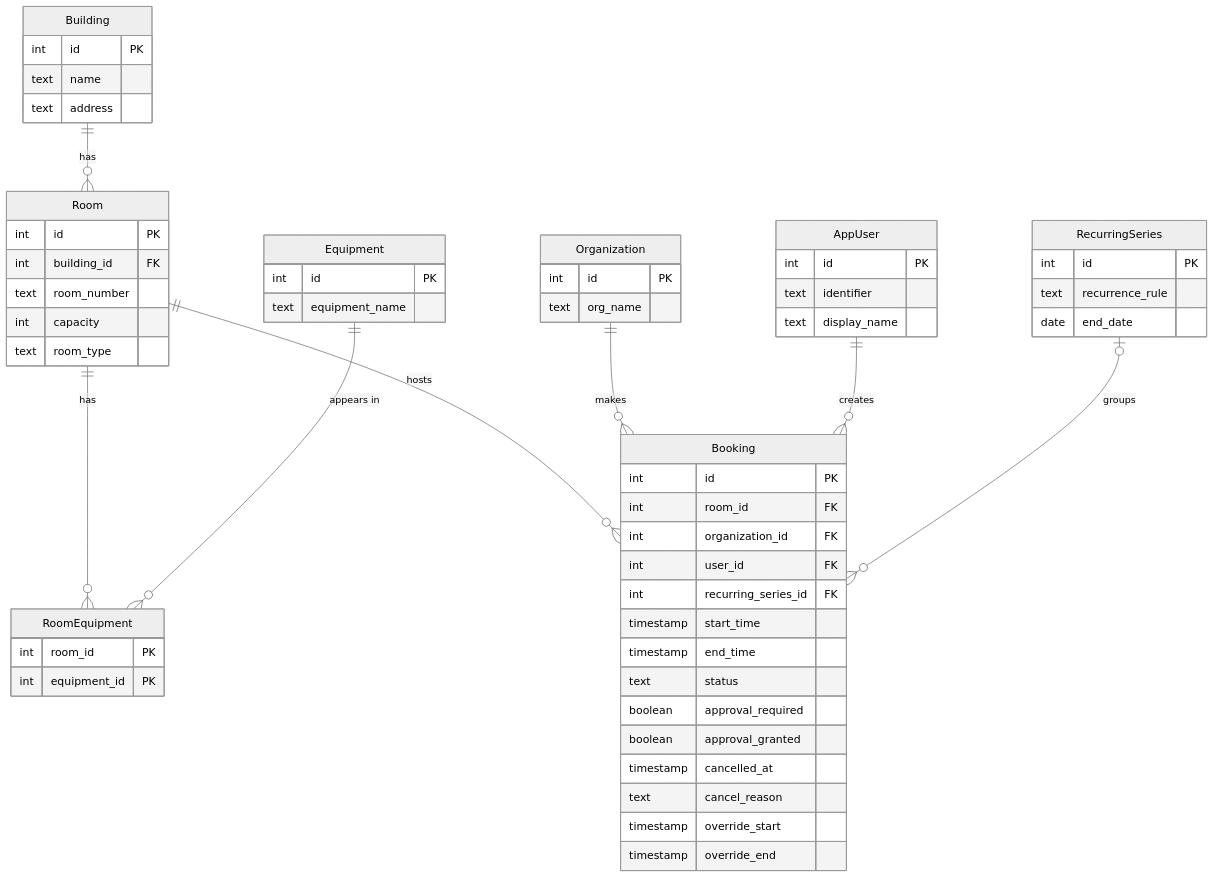
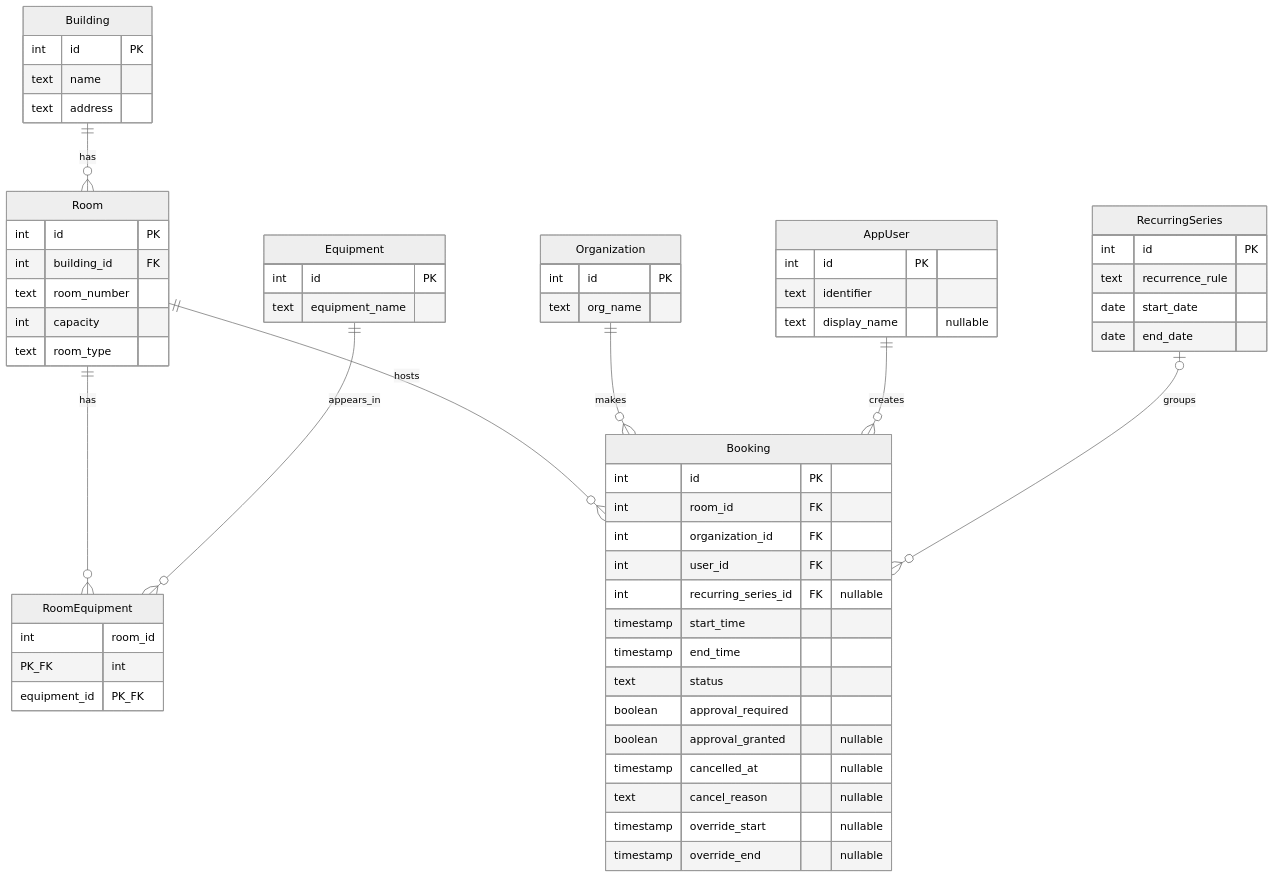
One commit to Mezzylane/CS_A1155_PROJECT changed the diagram in conceptual_model.md. Above: the diagram before and after it, drawn with Mermaid (neutral theme). The commit also changed other lines of this file and 3 other files, not shown here.

````diff
--- a/conceptual_model.md
+++ b/conceptual_model.md
@@ -26,60 +26,61 @@
 ```mermaid
 erDiagram
-    Building ||--o{ Room : "has"
-    Room ||--o{ RoomEquipment : "has"
-    Equipment ||--o{ RoomEquipment : "appears in"
-    Room ||--o{ Booking : "hosts"
-    Organization ||--o{ Booking : "makes"
-    AppUser ||--o{ Booking : "creates"
-    RecurringSeries |o--o{ Booking : "groups"
+    Building ||--o{ Room : has
+    Room ||--o{ RoomEquipment : has
+    Equipment ||--o{ RoomEquipment : appears_in
+    Room ||--o{ Booking : hosts
+    Organization ||--o{ Booking : makes
+    AppUser ||--o{ Booking : creates
+    RecurringSeries |o--o{ Booking : groups
     Building {
         int id PK
         text name
         text address
     }
     Room {
         int id PK
         int building_id FK
         text room_number
         int capacity
         text room_type
     }
     Equipment {
         int id PK
         text equipment_name
     }
     RoomEquipment {
-        int room_id PK
-        int equipment_id PK
+        int room_id PK_FK
+        int equipment_id PK_FK
     }
     Organization {
         int id PK
         text org_name
     }
     AppUser {
         int id PK
         text identifier
-        text display_name
+        text display_name "nullable"
     }
     RecurringSeries {
         int id PK
         text recurrence_rule
+        date start_date
         date end_date
     }
     Booking {
         int id PK
         int room_id FK
         int organization_id FK
         int user_id FK
-        int recurring_series_id FK
+        int recurring_series_id FK "nullable"
         timestamp start_time
         timestamp end_time
         text status
         boolean approval_required
-        boolean approval_granted
-        timestamp cancelled_at
-        text cancel_reason
-        timestamp override_start
-        timestamp override_end
+        boolean approval_granted "nullable"
+        timestamp cancelled_at "nullable"
+        text cancel_reason "nullable"
+        timestamp override_start "nullable"
+        timestamp override_end "nullable"
     }
 ```
````
